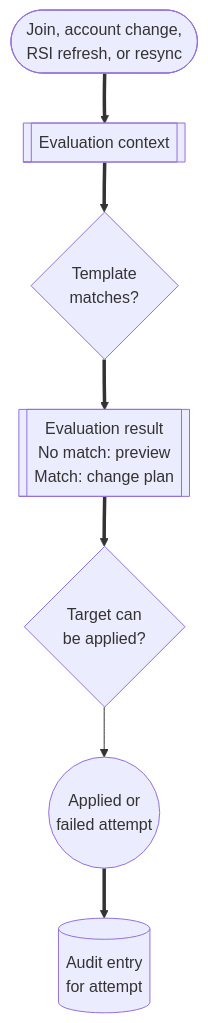
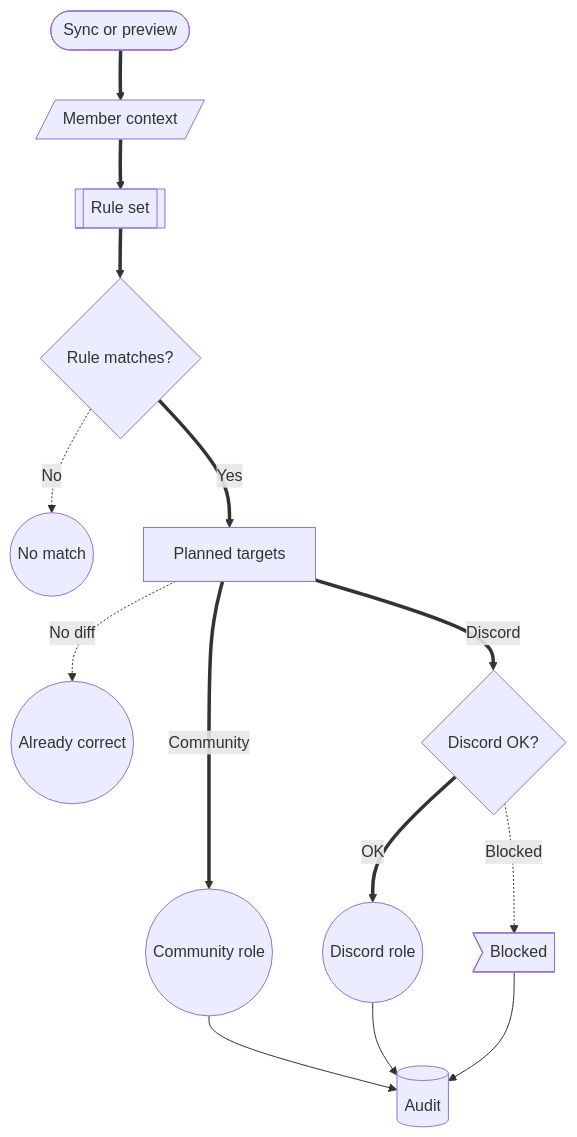
The diagram in docs/community-admins/role-assignments.md (ArkanisCorporation/CitizenId-docs), drawn with Mermaid before and after one commit. The commit also changed other lines of this file and 6 other files, not shown here.

Commit message:
docs: refine community admin diagrams

````diff
--- a/docs/community-admins/role-assignments.md
+++ b/docs/community-admins/role-assignments.md
@@ -19,24 +19,37 @@
 ```mermaid
 flowchart TD
-  trigger(["Join, account change,<br/>RSI refresh, or resync"])
-  context[["Evaluation context"]]
-  condition{"Template<br/>matches?"}
-  outcome[["Evaluation result<br/>No match: preview<br/>Match: change plan"]]
-  permission{"Target can<br/>be applied?"}
-  result(("Applied or<br/>failed attempt"))
-  audit[(Audit entry<br/>for attempt)]
+  trigger(["Sync or preview"])
+  context[/Member context/]
+  rules[["Rule set"]]
+  match{"Rule matches?"}
+  noMatch(("No match"))
+  targets["Planned targets"]
+  already(("Already correct"))
+  cidRole(("Community role"))
+  discordGate{"Discord OK?"}
+  discordRole(("Discord role"))
+  blocked>Blocked]
+  audit[(Audit)]
 
   trigger ==> context
-  context ==> condition
-  condition ==> outcome
-  outcome ==> permission
-  permission --> result
-  result ==> audit
+  context ==> rules
+  rules ==> match
+  match -. "No" .-> noMatch
+  match ==>|Yes| targets
+  targets -. "No diff" .-> already
+  targets ==>|Community| cidRole
+  targets ==>|Discord| discordGate
+  discordGate ==>|OK| discordRole
+  discordGate -. "Blocked" .-> blocked
+  cidRole --> audit
+  discordRole --> audit
+  blocked --> audit
 
   class trigger actor;
-  class context service;
-  class condition,permission decision;
-  class outcome action;
-  class result success;
-  class audit data;
+  class rules service;
+  class match,discordGate decision;
+  class targets action;
+  class context,audit data;
+  class noMatch,already,cidRole,discordRole success;
+  class blocked caution;
 ```
````
